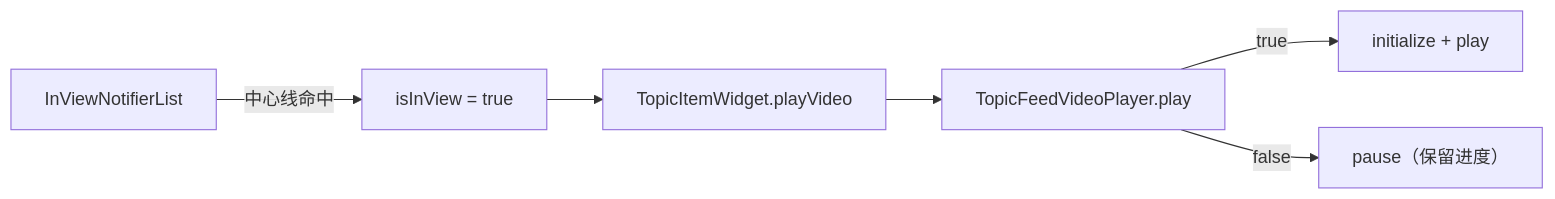
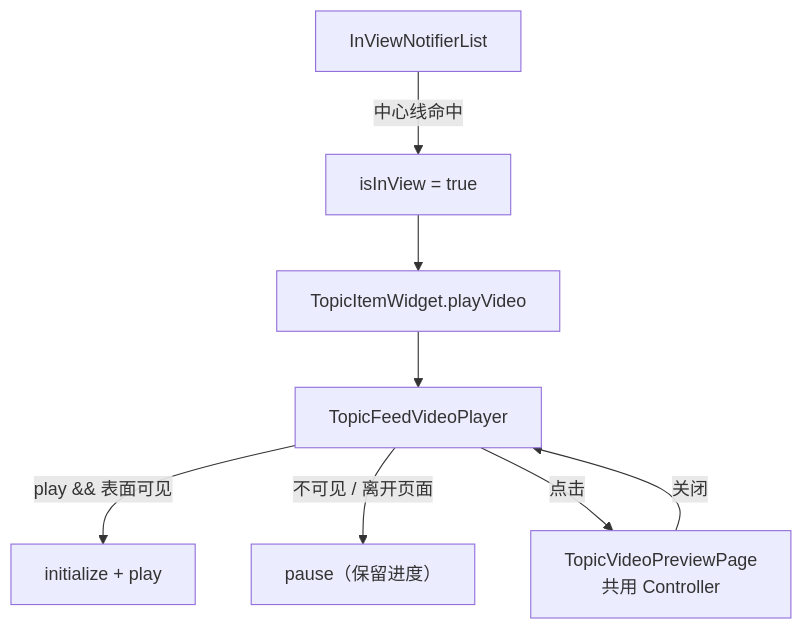
The diagram in lib/features/topic/docs/列表视频播放.md (QDong415/AllFlutter0709), drawn with Mermaid before and after one commit. The commit also changed other lines of this file and 3 other files, not shown here.

````diff
--- a/lib/features/topic/docs/列表视频播放.md
+++ b/lib/features/topic/docs/列表视频播放.md
@@ -39,8 +46,10 @@
 ```mermaid
-flowchart LR
+flowchart TB
   A[InViewNotifierList] -->|"中心线命中"| B["isInView = true"]
   B --> C["TopicItemWidget.playVideo"]
-  C --> D["TopicFeedVideoPlayer.play"]
-  D -->|"true"| E["initialize + play"]
-  D -->|"false"| F["pause（保留进度）"]
+  C --> D["TopicFeedVideoPlayer"]
+  D -->|"play && 表面可见"| E["initialize + play"]
+  D -->|"不可见 / 离开页面"| F["pause（保留进度）"]
+  D -->|"点击"| G["TopicVideoPreviewPage<br/>共用 Controller"]
+  G -->|"关闭"| D
 ```
````
